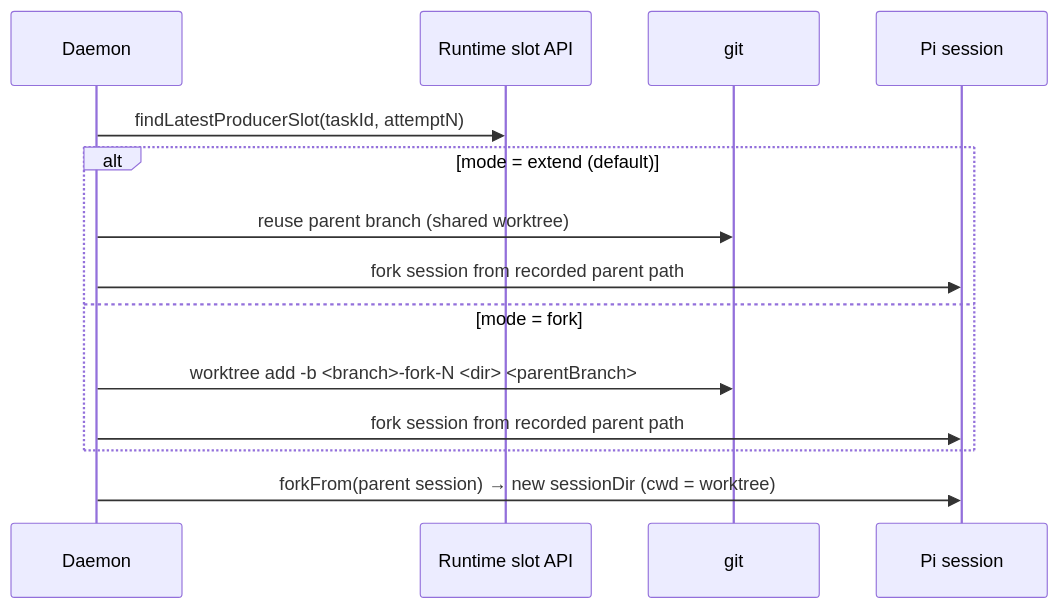
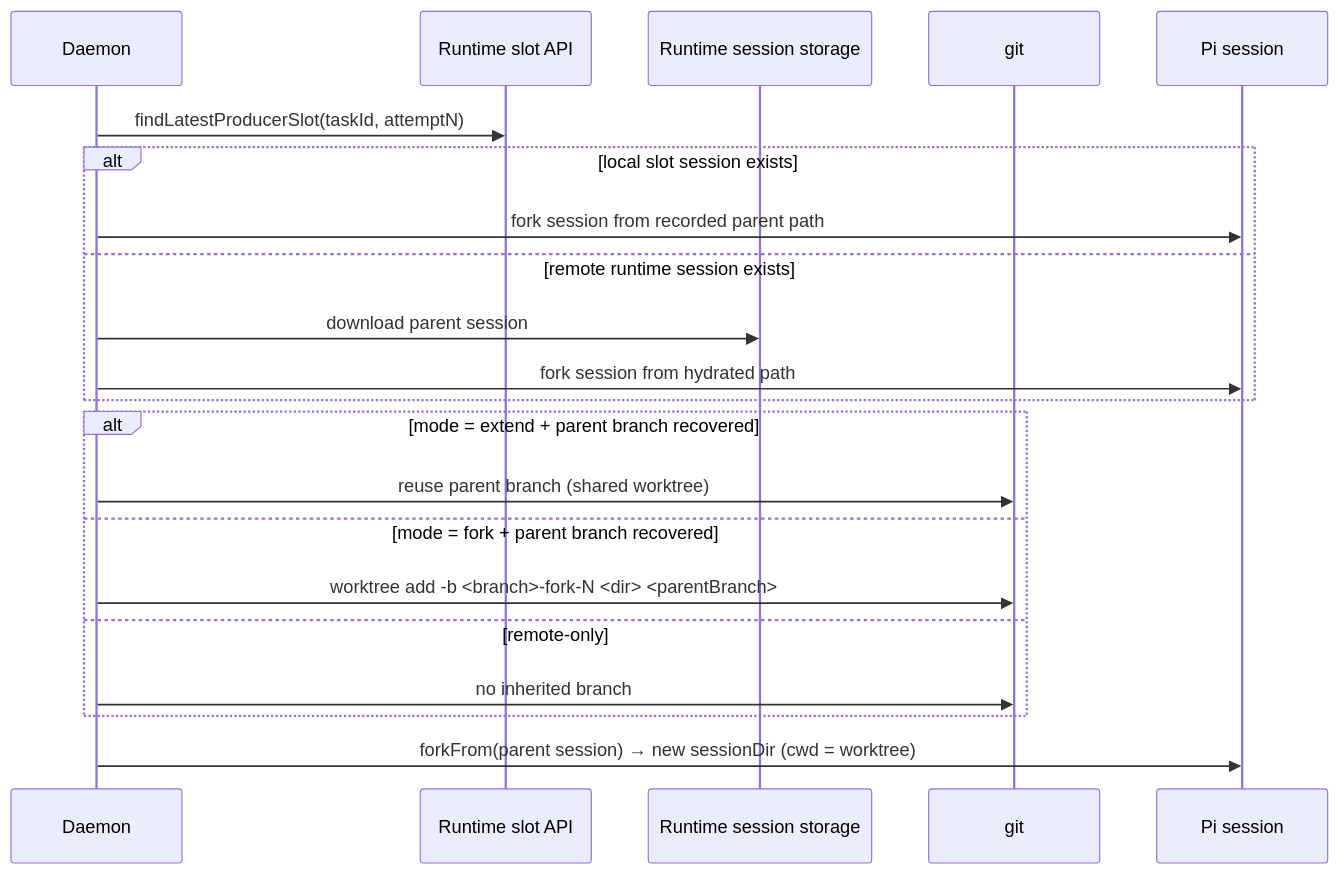
One commit to getlarge/themoltnet changed diagram 12 of 15 in docs/understand/architecture.md. Above: the diagram before and after it, drawn with Mermaid. The commit also changed other lines of this file and 17 other files, not shown here.

First line of the commit message:
feat(agent-daemon): recover remote runtime branch context

````diff
--- a/docs/understand/architecture.md
+++ b/docs/understand/architecture.md
@@ -883,16 +886,23 @@
 ```mermaid
 sequenceDiagram
     participant D as Daemon
     participant R as Runtime slot API
+    participant S as Runtime session storage
     participant G as git
     participant Pi as Pi session
     D->>R: findLatestProducerSlot(taskId, attemptN)
-    alt mode = extend (default)
+    alt local slot session exists
+        D->>Pi: fork session from recorded parent path
+    else remote runtime session exists
+        D->>S: download parent session
+        D->>Pi: fork session from hydrated path
+    end
+    alt mode = extend + parent branch recovered
         D->>G: reuse parent branch (shared worktree)
-        D->>Pi: fork session from recorded parent path
-    else mode = fork
+    else mode = fork + parent branch recovered
         D->>G: worktree add -b <branch>-fork-N <dir> <parentBranch>
-        D->>Pi: fork session from recorded parent path
+    else remote-only
+        D->>G: no inherited branch
     end
     D->>Pi: forkFrom(parent session) → new sessionDir (cwd = worktree)
 ```
````
